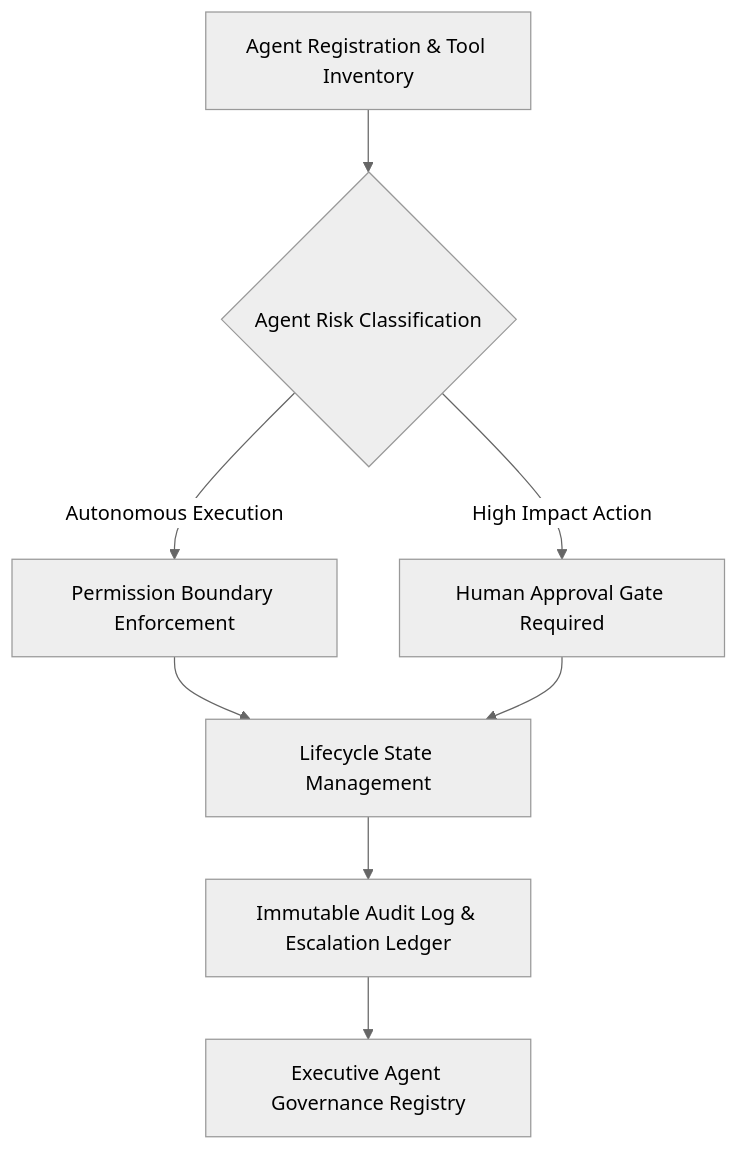
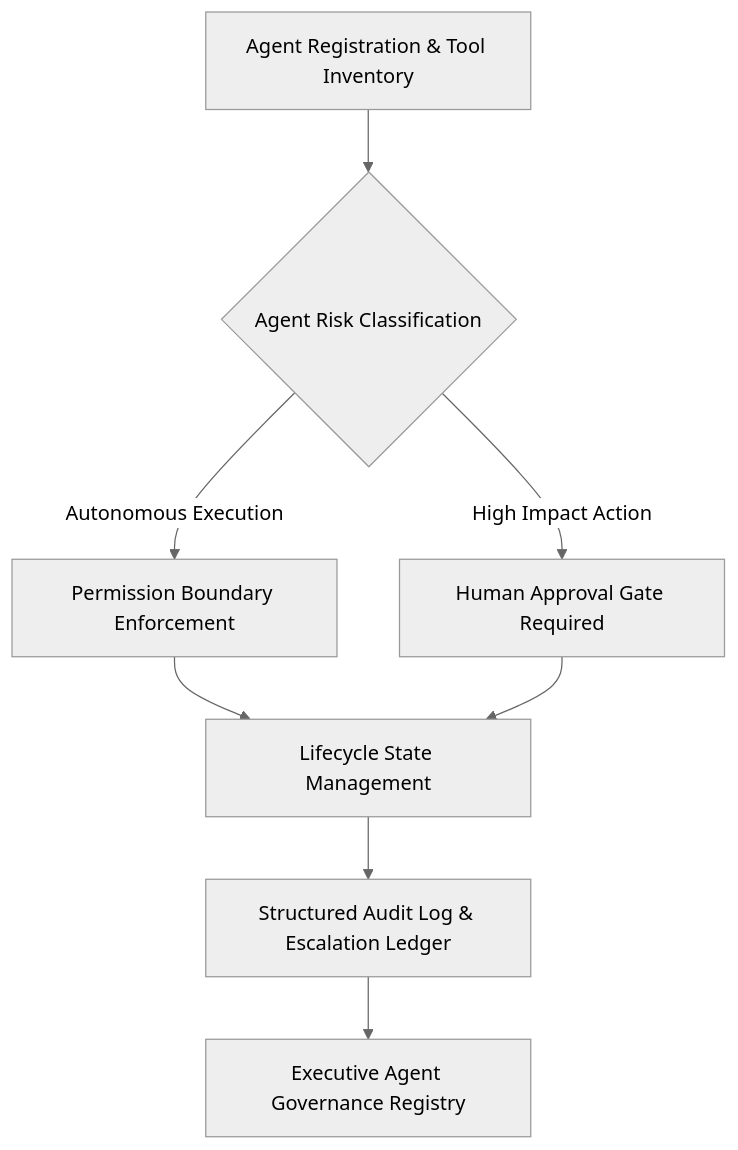
Before and after one commit to jovfranco-tech/ai-agent-governance-registry-showcase: the diagram in README.md, drawn with Mermaid (neutral theme). The commit also changed other lines of this file and 1 other file, not shown here.

````diff
--- a/README.md
+++ b/README.md
@@ -35,10 +39,10 @@
 ```mermaid
 flowchart TD
     A[Agent Registration & Tool Inventory] --> B{Agent Risk Classification}
     B -->|Autonomous Execution| C[Permission Boundary Enforcement]
     B -->|High Impact Action| D[Human Approval Gate Required]
     C --> E[Lifecycle State Management]
     D --> E
-    E --> F[Immutable Audit Log & Escalation Ledger]
+    E --> F[Structured Audit Log & Escalation Ledger]
     F --> G[Executive Agent Governance Registry]
 ```
````
